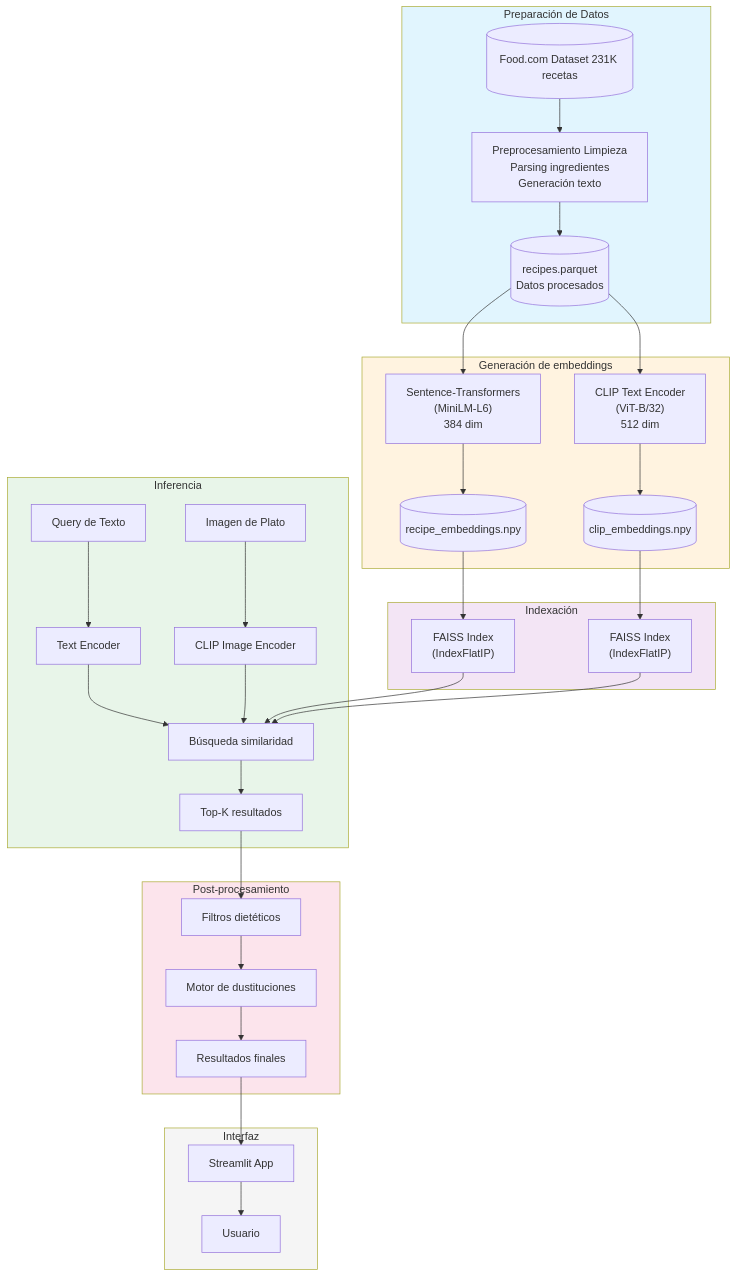
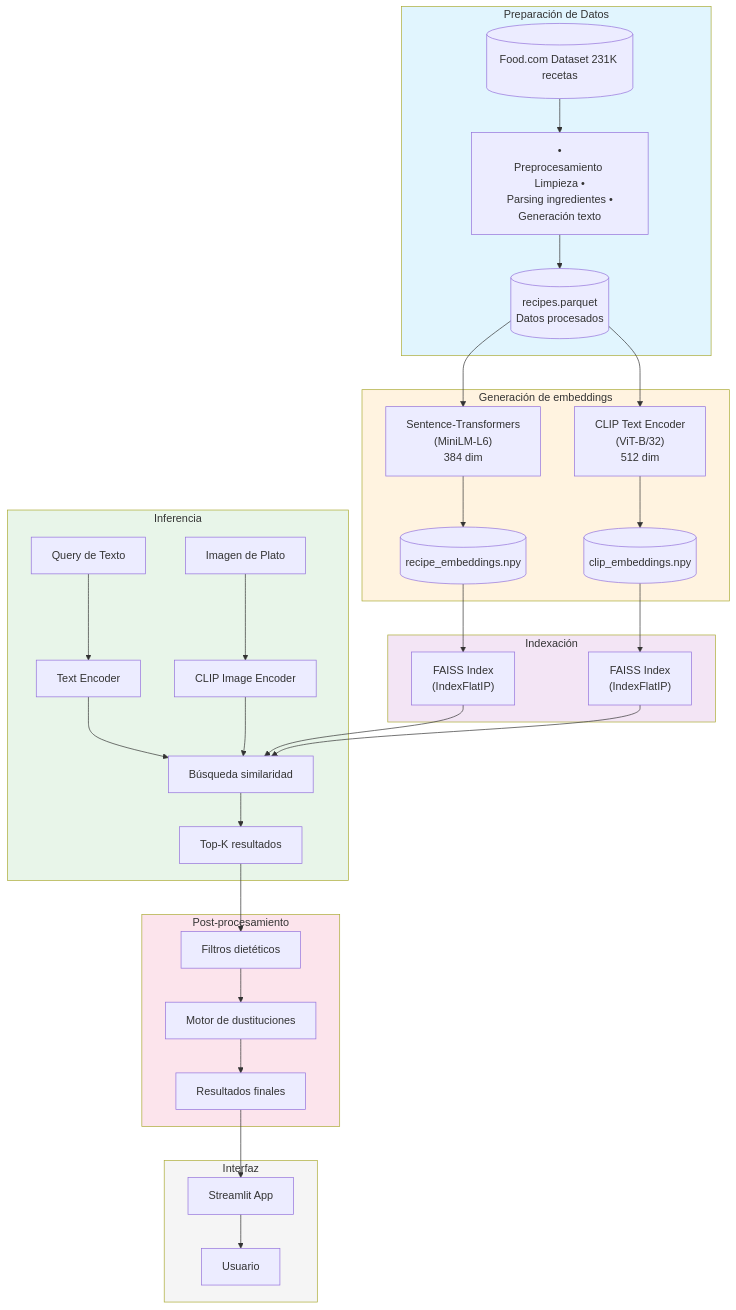
The first of 2 diagrams in README.md (martinbrocca/CEIA-VIT), drawn with Mermaid before and after one commit.

Commit message:
Arreglos al ReadMe

````diff
--- a/README.md
+++ b/README.md
@@ -15,47 +15,47 @@
 ```mermaid
 flowchart TB
     subgraph DATOS[" Preparación de Datos"]
-        A[("Food.com Dataset 231K recetas")] --> B["Preprocesamiento Limpieza \nParsing ingredientes \nGeneración texto"]
+        A[("Food.com Dataset 231K recetas")] --> B["•<br>Preprocesamiento Limpieza •<br>Parsing ingredientes •<br>Generación texto"]
         B --> C[("recipes.parquet\nDatos procesados")]
     end
 
     subgraph EMBEDDINGS[" Generación de embeddings"]
         C --> D["Sentence-Transformers\n(MiniLM-L6)\n384 dim"]
         C --> E["CLIP Text Encoder\n(ViT-B/32)\n512 dim"]
         D --> F[("recipe_embeddings.npy")]
         E --> G[("clip_embeddings.npy")]
     end
 
     subgraph INDEX[" Indexación"]
         F --> H["FAISS Index\n(IndexFlatIP)"]
         G --> I["FAISS Index\n(IndexFlatIP)"]
     end
 
     subgraph INFERENCE[" Inferencia"]
         J["Query de Texto"] --> K["Text Encoder"]
         L["Imagen de Plato"] --> M["CLIP Image Encoder"]
         K --> N["Búsqueda similaridad"]
         M --> N
         H --> N
         I --> N
         N --> O["Top-K resultados"]
     end
 
     subgraph POSTPROCESS[" Post-procesamiento"]
         O --> P["Filtros dietéticos"]
         P --> Q["Motor de dustituciones"]
         Q --> R["Resultados finales"]
     end
 
     subgraph UI[" Interfaz"]
         R --> S["Streamlit App"]
         S --> T["Usuario"]
     end
 
     style DATOS fill:#e1f5fe
     style EMBEDDINGS fill:#fff3e0
     style INDEX fill:#f3e5f5
     style INFERENCE fill:#e8f5e9
     style POSTPROCESS fill:#fce4ec
     style UI fill:#f5f5f5
 ```
````
